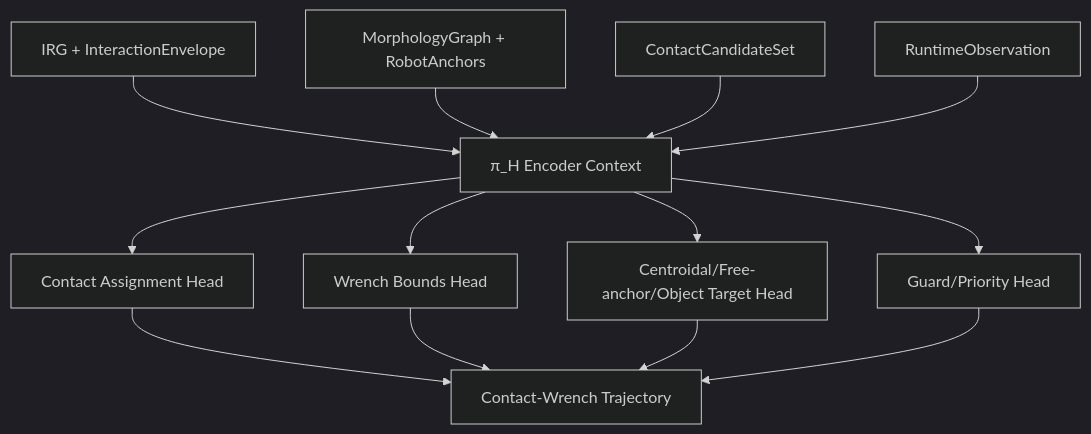
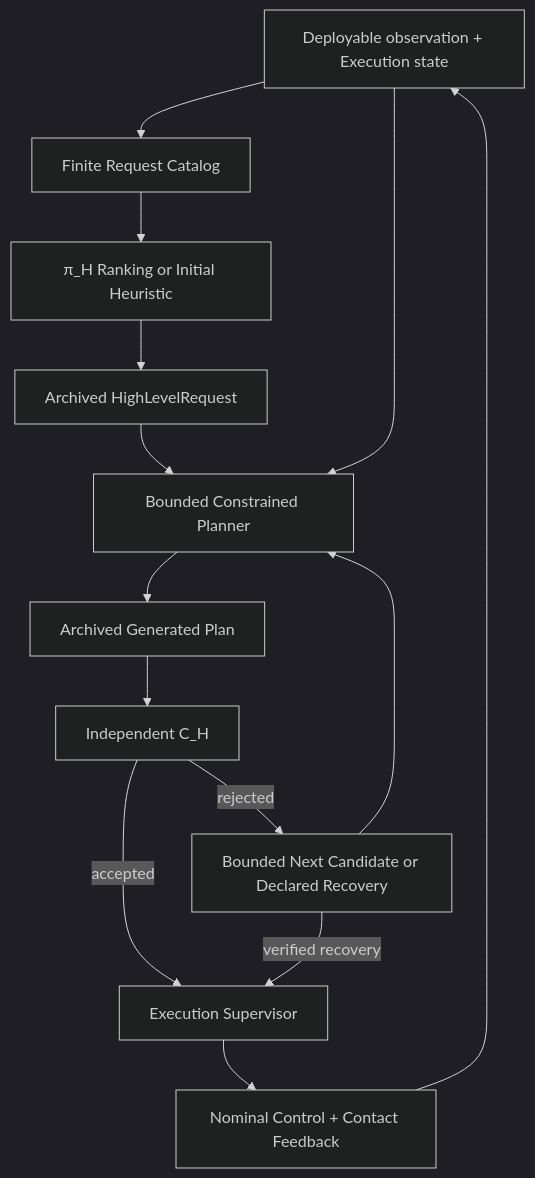
Before and after one commit to sugihara-16/aerial-creator: the ninth of 13 diagrams in for_codex/A-MSRR_codex_ready_spec_v0_5_ja.md, drawn with Mermaid (dark theme). The commit also changed other lines of this file and 3 other files, not shown here.

````diff
--- a/for_codex/A-MSRR_codex_ready_spec_v0_5_ja.md
+++ b/for_codex/A-MSRR_codex_ready_spec_v0_5_ja.md
@@ -2795,15 +2917,16 @@
 ```mermaid
 flowchart TD
-    A[IRG + InteractionEnvelope] --> E[π_H Encoder Context]
-    B[MorphologyGraph + RobotAnchors] --> E
-    C[ContactCandidateSet] --> E
-    D[RuntimeObservation] --> E
-    E --> F[Contact Assignment Head]
-    E --> G[Wrench Bounds Head]
-    E --> H[Centroidal/Free-anchor/Object Target Head]
-    E --> I[Guard/Priority Head]
-    F --> J[Contact-Wrench Trajectory]
-    G --> J
-    H --> J
-    I --> J
+    O[Deployable observation + Execution state] --> C[Finite Request Catalog]
+    C --> H[π_H Ranking or Initial Heuristic]
+    H --> R[Archived HighLevelRequest]
+    R --> P[Bounded Constrained Planner]
+    O --> P
+    P --> A[Archived Generated Plan]
+    A --> V[Independent C_H]
+    V -->|accepted| E[Execution Supervisor]
+    E --> N[Nominal Control + Contact Feedback]
+    N --> O
+    V -->|rejected| B[Bounded Next Candidate or Declared Recovery]
+    B --> P
+    B -->|verified recovery| E
 ```
````
